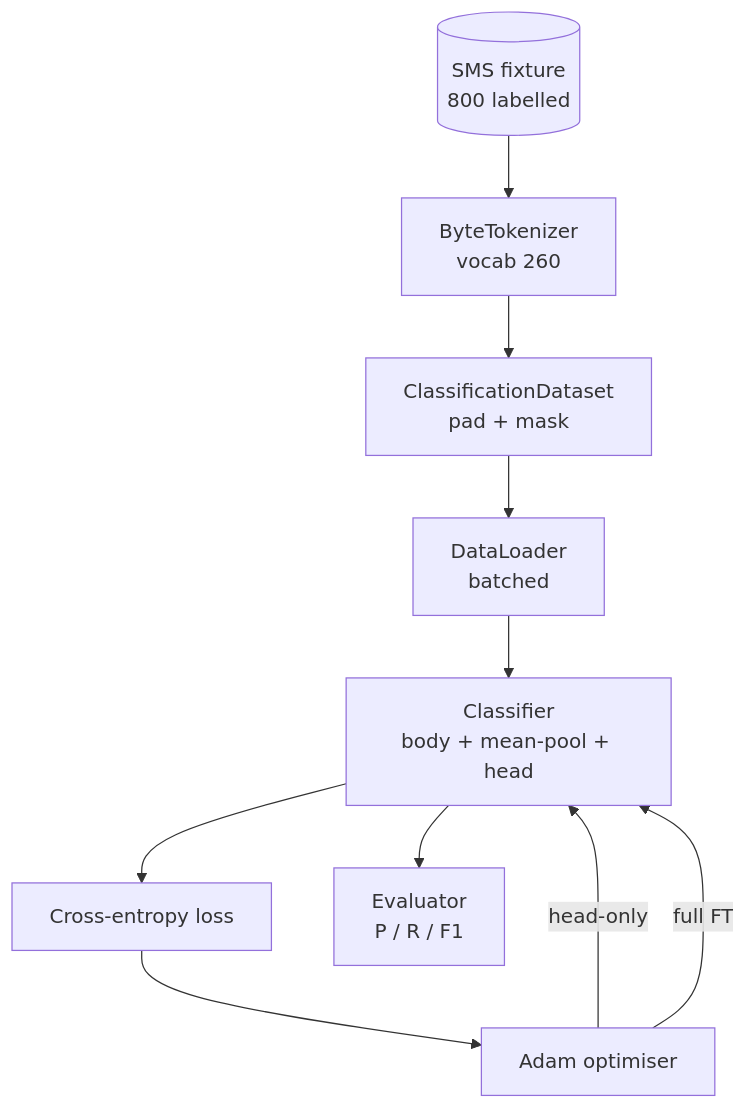
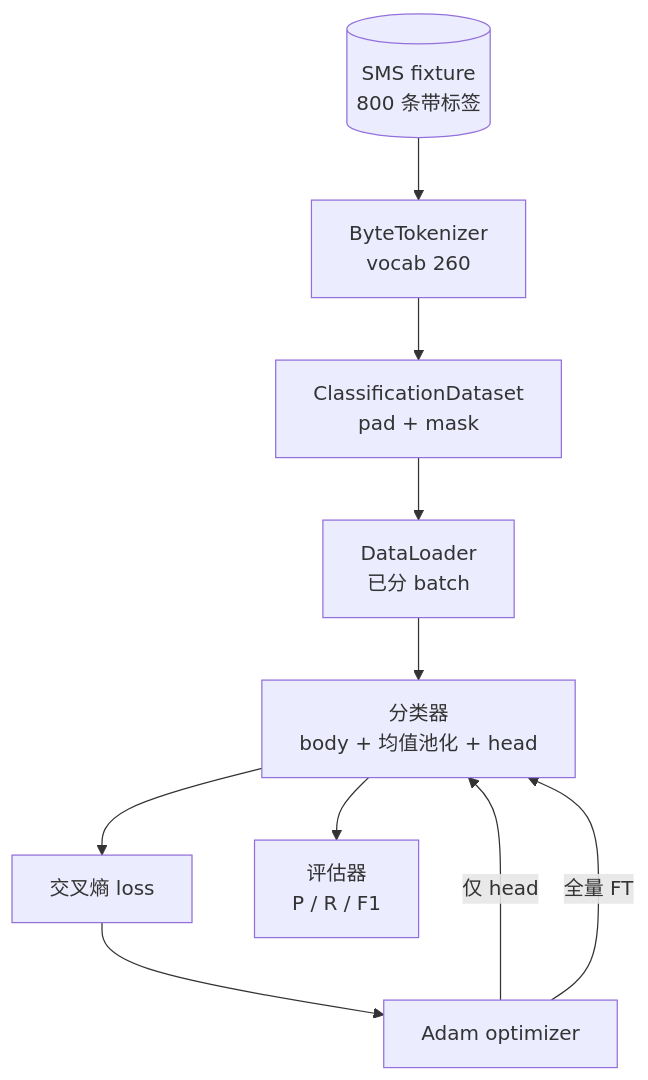
One commit to JerryC8080/ai-engineering-from-scratch-zh changed the third of 3 diagrams in phases/19-capstone-projects/38-classifier-finetuning/docs/zh.md. Above: the diagram before and after it, drawn with Mermaid. The commit also changed other lines of this file and 156 other files, not shown here.

First line of the commit message:
i18n(zh): translate mermaid diagram labels in 157 lesson zh.md

````diff
--- a/phases/19-capstone-projects/38-classifier-finetuning/docs/zh.md
+++ b/phases/19-capstone-projects/38-classifier-finetuning/docs/zh.md
@@ -96,12 +96,12 @@
 ```mermaid
 flowchart TD
-  Toks[(SMS fixture<br/>800 labelled)] --> Tok[ByteTokenizer<br/>vocab 260]
+  Toks[(SMS fixture<br/>800 条带标签)] --> Tok[ByteTokenizer<br/>vocab 260]
   Tok --> DS[ClassificationDataset<br/>pad + mask]
-  DS --> DL[DataLoader<br/>batched]
-  DL --> M[Classifier<br/>body + mean-pool + head]
-  M --> L[Cross-entropy loss]
-  L --> O[Adam optimiser]
-  O -->|head-only| M
-  O -->|full FT| M
-  M --> E[Evaluator<br/>P / R / F1]
+  DS --> DL[DataLoader<br/>已分 batch]
+  DL --> M[分类器<br/>body + 均值池化 + head]
+  M --> L[交叉熵 loss]
+  L --> O[Adam optimizer]
+  O -->|仅 head| M
+  O -->|全量 FT| M
+  M --> E[评估器<br/>P / R / F1]
 ```
````
